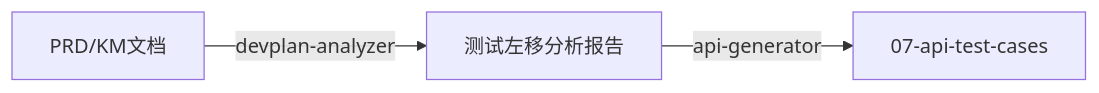
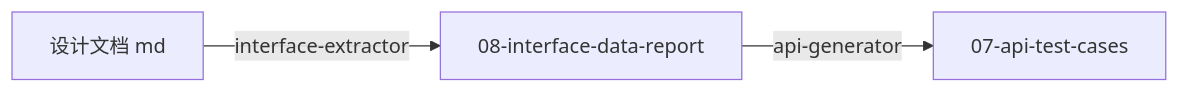
One commit to kalen-tang/test-workflow changed the second of 2 diagrams in plugins/za-qe/references/artifact-schemas/00-overview.md. Above: the diagram before and after it, drawn with Mermaid. The commit also changed other lines of this file and 22 other files, not shown here.

First line of the commit message:
feat(BANK-0000): 重构 Skill 架构，拆分职责并新增 artifact-schemas

````diff
--- a/plugins/za-qe/references/artifact-schemas/00-overview.md
+++ b/plugins/za-qe/references/artifact-schemas/00-overview.md
@@ -138,5 +130,5 @@
 ```mermaid
 graph LR
-    A[PRD/KM文档] -->|devplan-analyzer| B[测试左移分析报告]
+    A[设计文档 md] -->|interface-extractor| B[08-interface-data-report]
     B -->|api-generator| C[07-api-test-cases]
 ```
````
